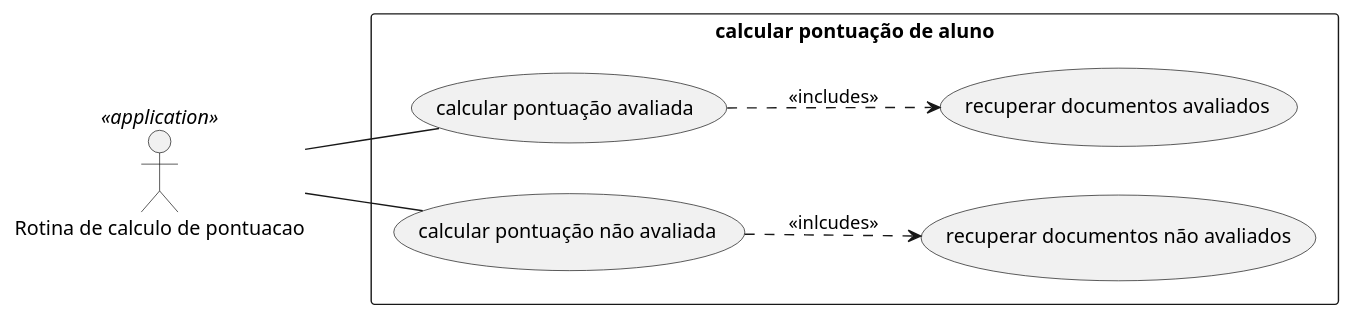
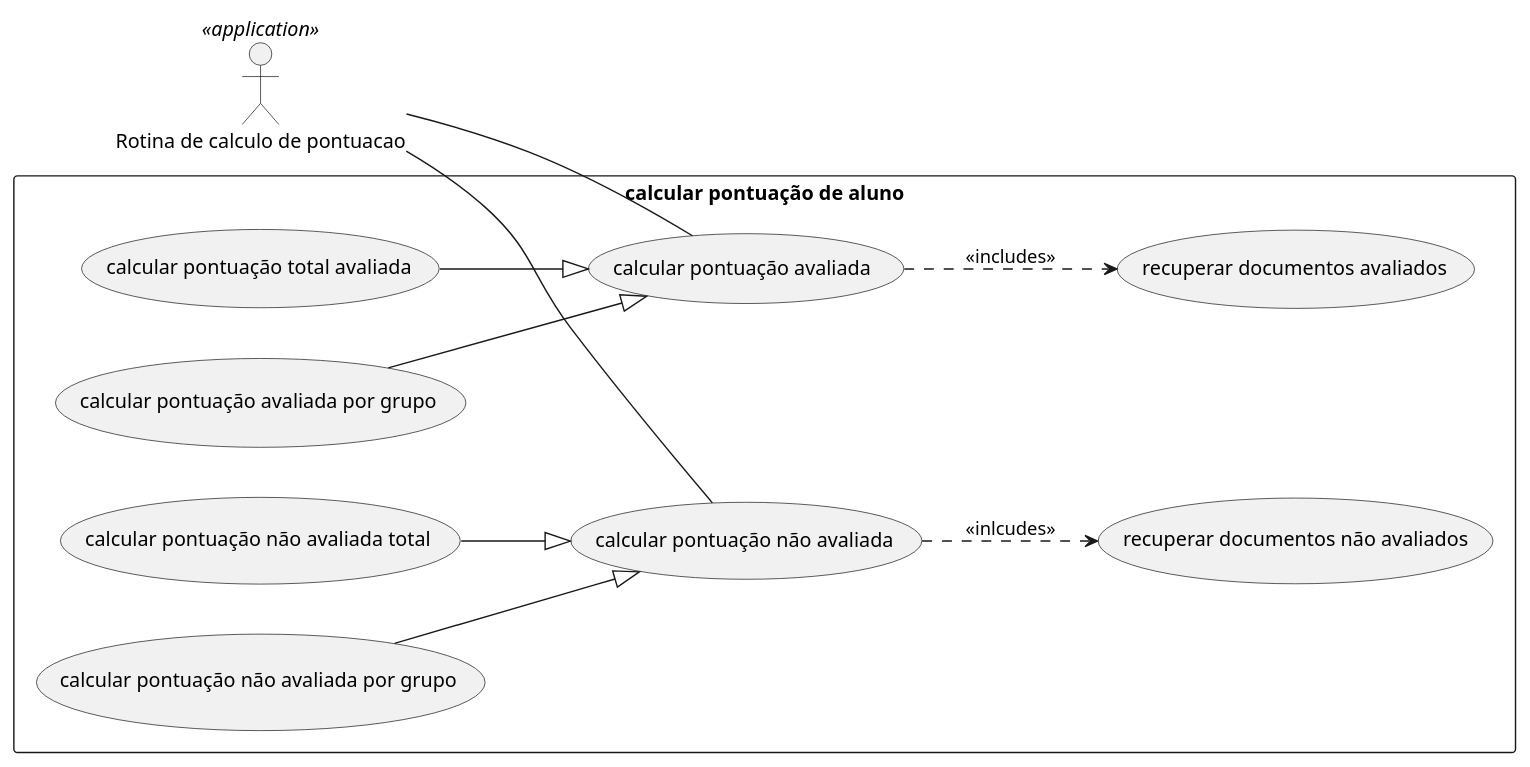
Before and after one commit to rodrigoRolim/AC-backend: the diagram in usecase_code/score/calcularPontuacao.wsd, drawn with PlantUML. The commit also changed 4 other files, not shown here.

Commit message:
new diagrams of score

```diff
--- a/usecase_code/score/calcularPontuacao.wsd
+++ b/usecase_code/score/calcularPontuacao.wsd
@@ -1,11 +1,15 @@
 @startuml
 left to right direction
 skinparam packagestyle rectangle
 :Rotina de calculo de pontuacao: <<application>> as pontuacao
 rectangle "calcular pontuação de aluno" {
   pontuacao -- (calcular pontuação avaliada)
   pontuacao -- (calcular pontuação não avaliada)
   (calcular pontuação avaliada) ..> (recuperar documentos avaliados): <<includes>>
   (calcular pontuação não avaliada) ..> (recuperar documentos não avaliados): <<inlcudes>>
+  (calcular pontuação total avaliada) --|> (calcular pontuação avaliada)
+  (calcular pontuação avaliada por grupo ) --|> (calcular pontuação avaliada)
+  (calcular pontuação não avaliada total ) --|> (calcular pontuação não avaliada)
+  (calcular pontuação não avaliada por grupo ) --|> (calcular pontuação não avaliada)
 }
 @enduml
```
